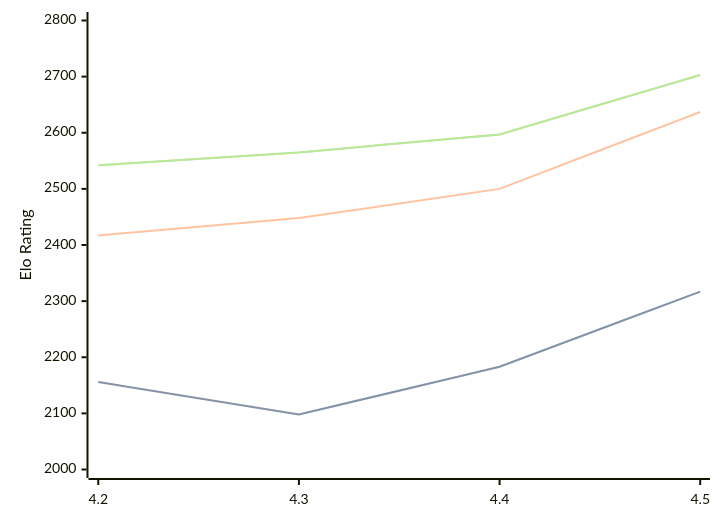
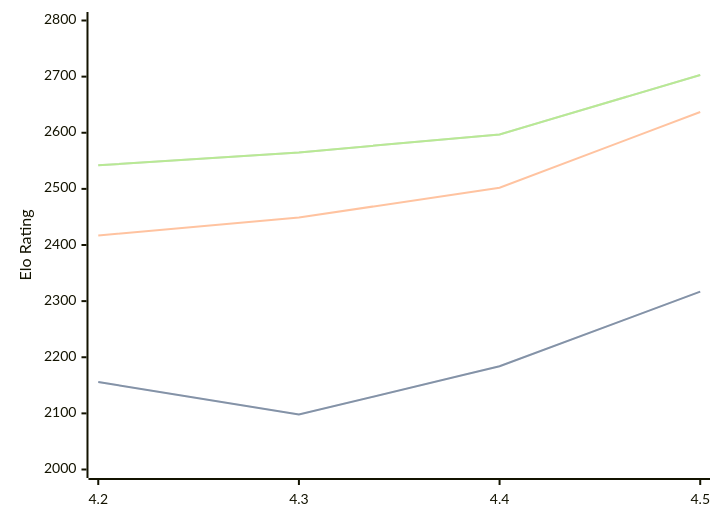
The diagram in engines/Eubos.md (computer-chess-index/cci), drawn with Mermaid before and after one commit. The commit also changed other lines of this file, not shown here.

````diff
--- a/engines/Eubos.md
+++ b/engines/Eubos.md
@@ -34,11 +34,11 @@
 ```mermaid
 %%{init: {"theme":"base","themeVariables":{"seriesColors:['#a3a3a3','#222221','#faa371']}}}%%
 xychart-beta
   x-axis ["4.2", "4.3", "4.4", "4.5"]
   y-axis "Elo Rating" 2000 --> 2800
-  line "STC (8.0+0.08s)" [2156, 2098, 2183, 2317]
-  line "STC (8.0+0.08s)" [2156, 2098, 2183, 2317]
-  line "LTC (60.0+0.60s)" [2417, 2448, 2500, 2637]
+  line "STC (8.0+0.08s)" [2156, 2098, 2184, 2317]
+  line "STC (8.0+0.08s)" [2156, 2098, 2184, 2317]
+  line "LTC (60.0+0.60s)" [2417, 2449, 2502, 2637]
   line "VLTC (2m24s+1.12s)" [2542, 2565, 2597, 2703]
   line "VLTC (2m24s+1.12s)" [2542, 2565, 2597, 2703]
 ```
````
